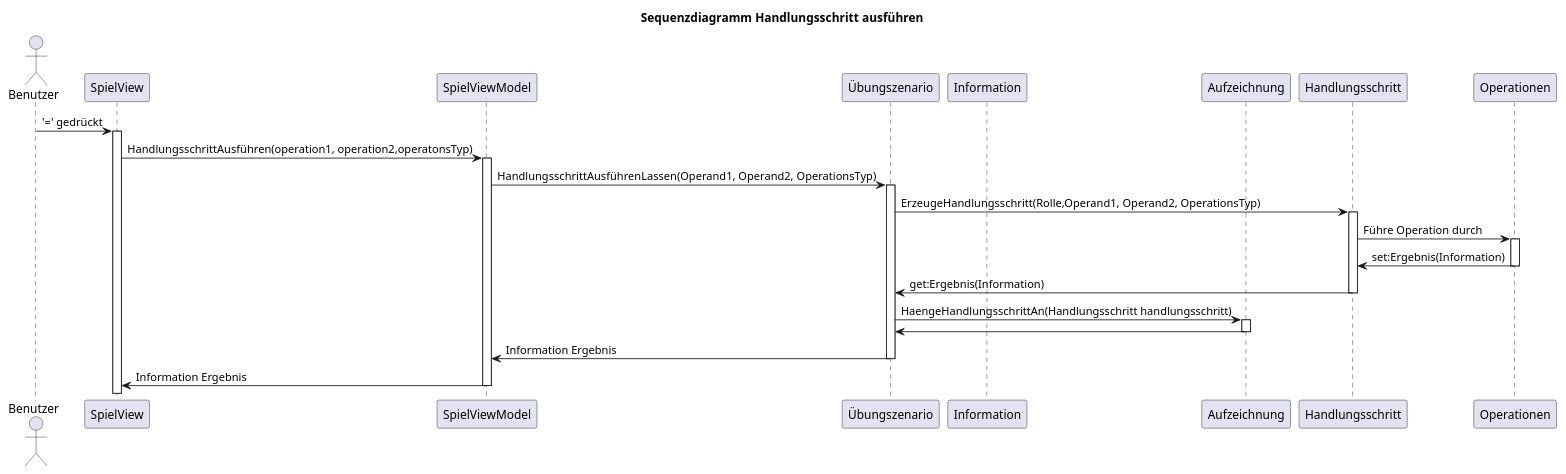
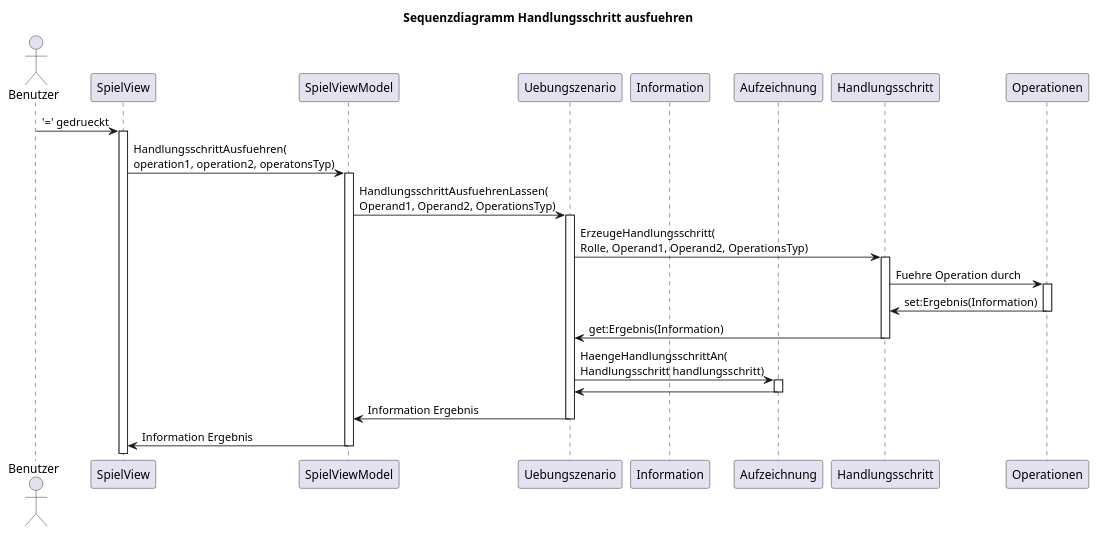
One commit to Jonas-Ha/quakrypto changed the diagram in 02_Entwurf/Sequenzdiagramme/SequenzdiagrammHandlungsschrittAusführen.puml. Above: the diagram before and after it, drawn with PlantUML. The commit also changed 9 other files, not shown here.

```diff
--- a/02_Entwurf/Sequenzdiagramme/SequenzdiagrammHandlungsschrittAusführen.puml
+++ b/02_Entwurf/Sequenzdiagramme/SequenzdiagrammHandlungsschrittAusführen.puml
@@ -2,49 +2,47 @@
 @startuml Handlungsschritt
-title Sequenzdiagramm Handlungsschritt ausführen
+title Sequenzdiagramm Handlungsschritt ausfuehren
 
 actor Benutzer
 participant "SpielView" as G
 participant "SpielViewModel" as A
-Participant "Übungszenario" as B
+Participant "Uebungszenario" as B
 Participant "Information" as H
 participant "Aufzeichnung" as C
-
 participant "Handlungsschritt" as D
 participant "Operationen" as F
 
 
-Benutzer -> G: '=' gedrückt
+Benutzer -> G: '=' gedrueckt
 activate G
 
-G->A:HandlungsschrittAusführen(operation1, operation2,operatonsTyp)
+G->A:HandlungsschrittAusfuehren(\noperation1, operation2, operatonsTyp)
 activate A
 
-A-> B: HandlungsschrittAusführenLassen(Operand1, Operand2, OperationsTyp)
+A-> B: HandlungsschrittAusfuehrenLassen(\nOperand1, Operand2, OperationsTyp)
 activate B
 
-B -> D: ErzeugeHandlungsschritt(Rolle,Operand1, Operand2, OperationsTyp)
+B -> D: ErzeugeHandlungsschritt(\nRolle, Operand1, Operand2, OperationsTyp)
 activate D
 
-
-D -> F: Führe Operation durch
+D -> F: Fuehre Operation durch
 activate F
 
 F->D: set:Ergebnis(Information)
 deactivate F
 
 D -> B: get:Ergebnis(Information)
 deactivate D
 
-B -> C: HaengeHandlungsschrittAn(Handlungsschritt handlungsschritt)
+B -> C: HaengeHandlungsschrittAn(\nHandlungsschritt handlungsschritt)
 activate C
 
 C->B:
 deactivate C
 
 B->A: Information Ergebnis
 deactivate B
 
 A -> G: Information Ergebnis
 deactivate A
 
 @enduml
```
